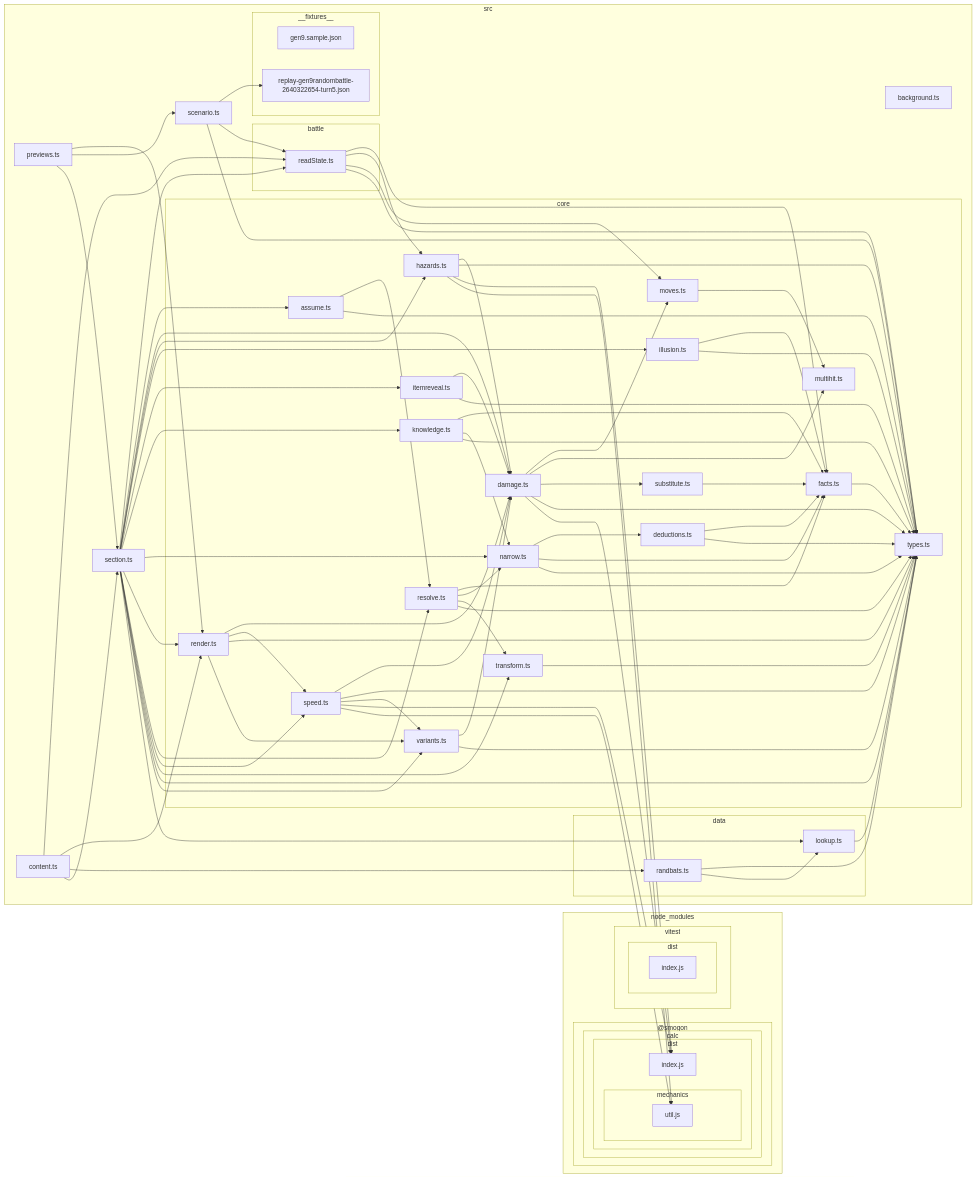
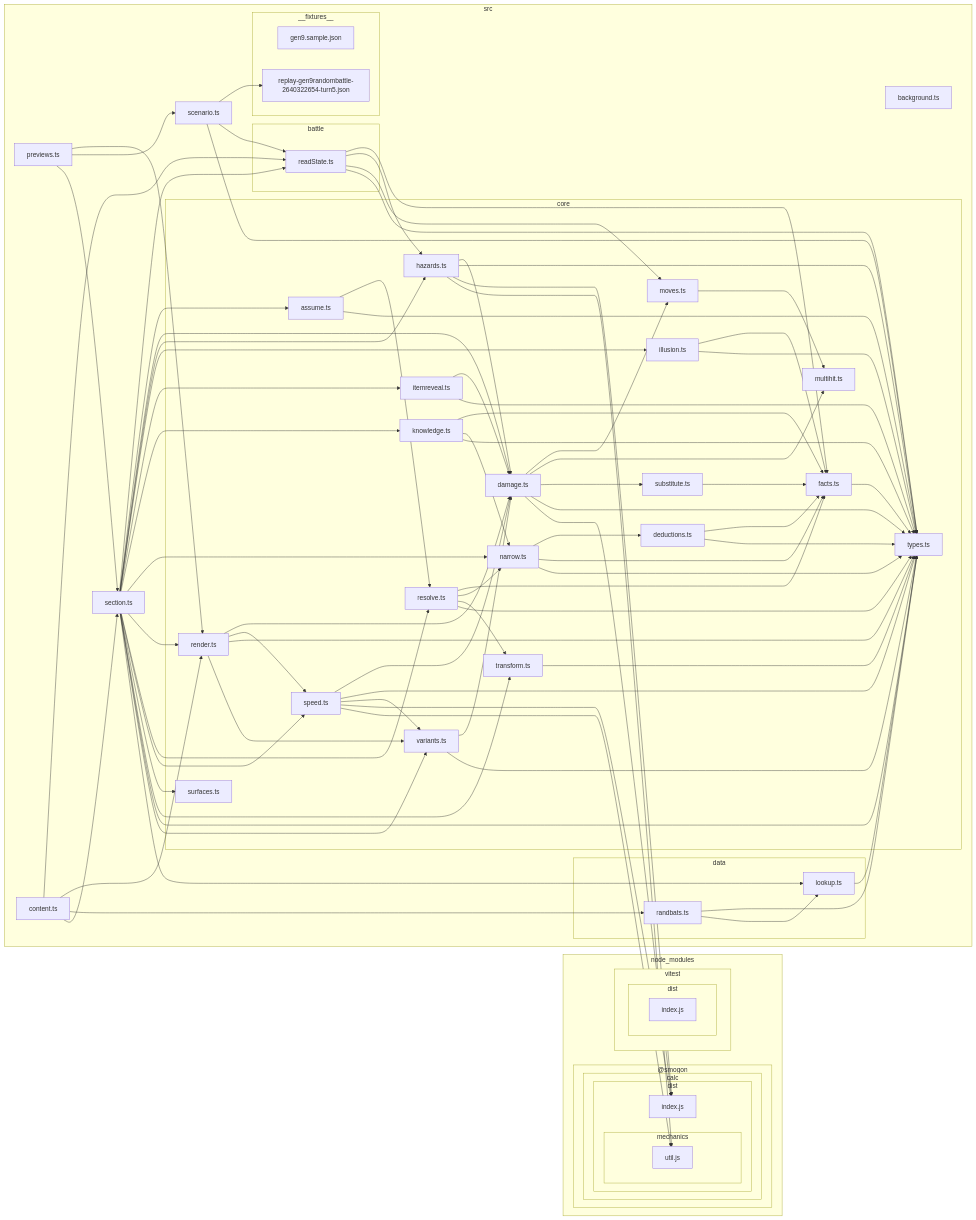
One commit to seanaujong/hi-chu changed the diagram in docs/architecture-graph.md. Above: the diagram before and after it, drawn with Mermaid. The commit also changed other lines of this file and 6 other files, not shown here.

````diff
--- a/docs/architecture-graph.md
+++ b/docs/architecture-graph.md
@@ -40,6 +40,7 @@
 Z["illusion.ts"]
 10["itemreveal.ts"]
 11["knowledge.ts"]
+12["surfaces.ts"]
 end
 M["content.ts"]
 subgraph Q["data"]
@@ -47,12 +48,12 @@
 S["lookup.ts"]
 end
 T["section.ts"]
-subgraph 12["__fixtures__"]
-13["gen9.sample.json"]
-16["replay-gen9randombattle-2640322654-turn5.json"]
+subgraph 13["__fixtures__"]
+14["gen9.sample.json"]
+17["replay-gen9randombattle-2640322654-turn5.json"]
 end
-14["previews.ts"]
-15["scenario.ts"]
+15["previews.ts"]
+16["scenario.ts"]
 end
 subgraph 2["node_modules"]
 subgraph 3["vitest"]
@@ -116,6 +117,7 @@
 T-->N
 T-->V
 T-->O
+T-->12
 T-->Y
 T-->A
 T-->P
@@ -139,10 +141,10 @@
 11-->9
 11-->W
 11-->A
-14-->N
-14-->15
-14-->T
+15-->N
 15-->16
-15-->7
-15-->A
+15-->T
+16-->17
+16-->7
+16-->A
 ```
````
